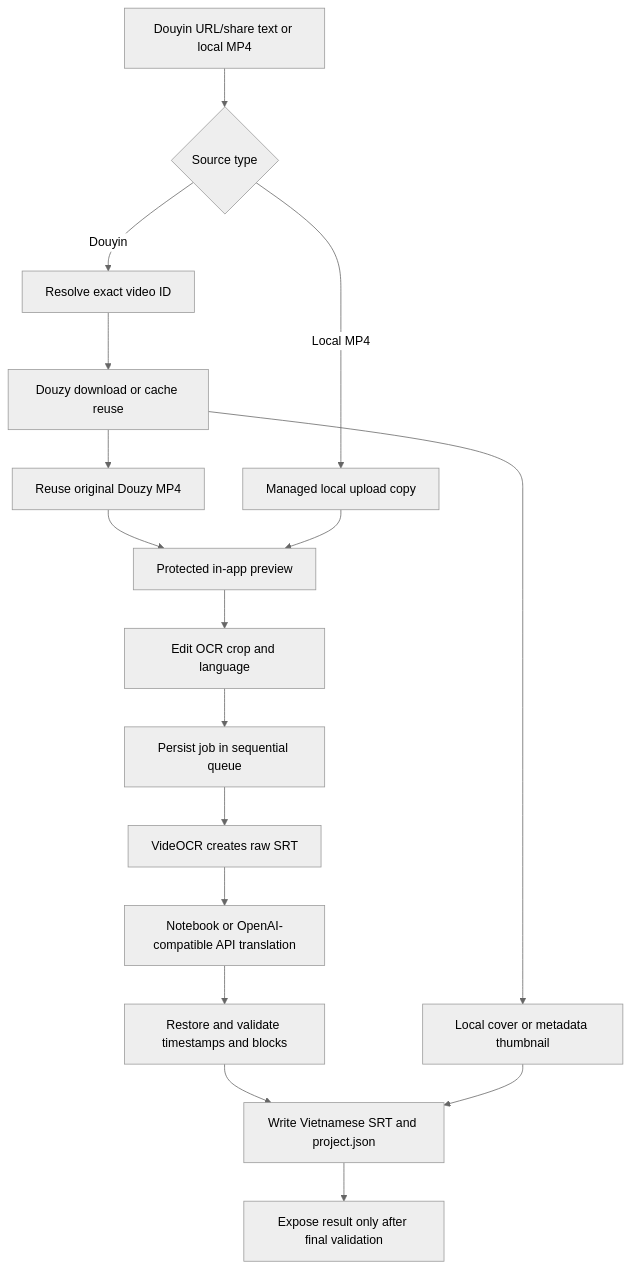
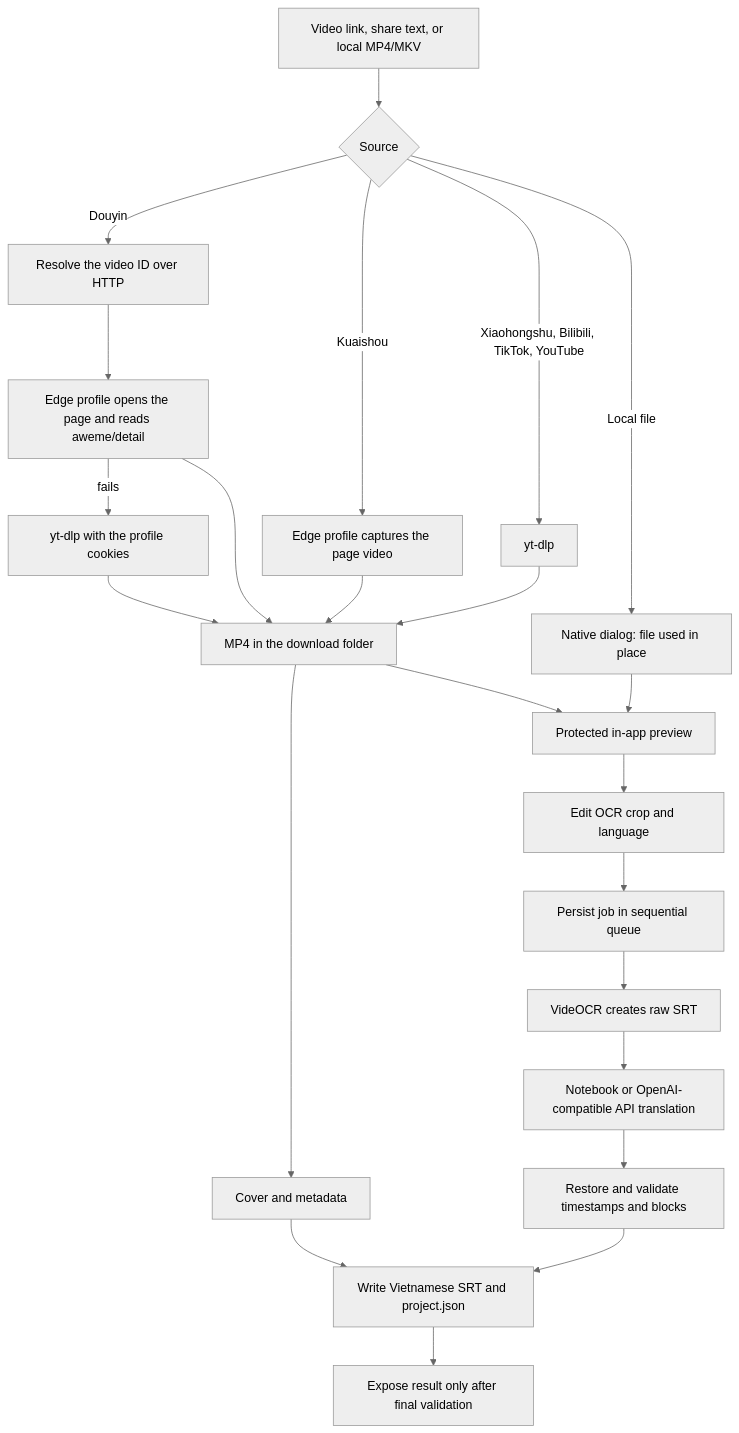
One commit to qvinh8726/VietSub-Studio changed the first of 2 diagrams in README.md. Above: the diagram before and after it, drawn with Mermaid (neutral theme). The commit also changed other lines of this file and 31 other files, not shown here.

First line of the commit message:
Release v1.6.0: replace Douzy with built-in multi-source downloader

````diff
--- a/README.md
+++ b/README.md
@@ -368,19 +374,25 @@
 ```mermaid
 flowchart TD
-    A[Douyin URL/share text or local MP4] --> B{Source type}
-    B -->|Douyin| C[Resolve exact video ID]
-    C --> D[Douzy download or cache reuse]
-    D --> E[Reuse original Douzy MP4]
-    D --> T[Local cover or metadata thumbnail]
-    B -->|Local MP4| F[Managed local upload copy]
+    A[Video link, share text, or local MP4/MKV] --> B{Source}
+    B -->|Douyin| C[Resolve the video ID over HTTP]
+    C --> D[Edge profile opens the page and reads aweme/detail]
+    D -->|fails| D2[yt-dlp with the profile cookies]
+    B -->|Kuaishou| K1[Edge profile captures the page video]
+    B -->|Xiaohongshu, Bilibili, TikTok, YouTube| Y[yt-dlp]
+    D --> E[MP4 in the download folder]
+    D2 --> E
+    K1 --> E
+    Y --> E
+    E --> T[Cover and metadata]
+    B -->|Local file| F[Native dialog: file used in place]
     E --> G[Protected in-app preview]
     F --> G
     G --> H[Edit OCR crop and language]
     H --> I[Persist job in sequential queue]
     I --> J[VideOCR creates raw SRT]
     J --> K[Notebook or OpenAI-compatible API translation]
     K --> L[Restore and validate timestamps and blocks]
     L --> M[Write Vietnamese SRT and project.json]
     T --> M
     M --> N[Expose result only after final validation]
 ```
````
